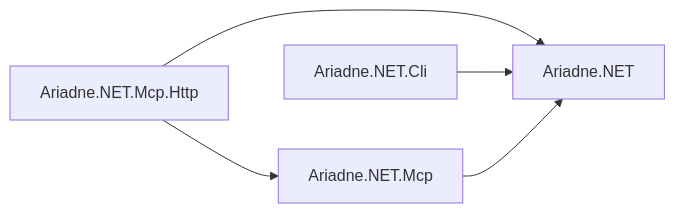
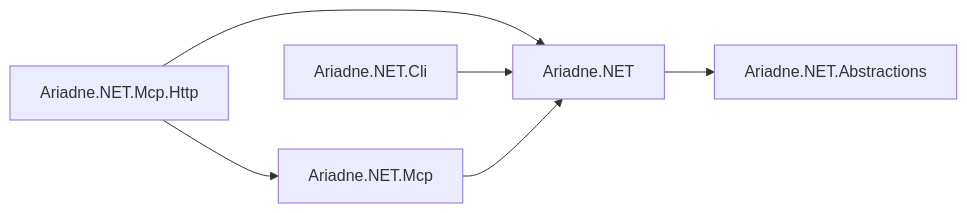
The third of 4 diagrams in docs/how-it-works/02-architecture.md (MarcelRoozekrans/Ariadne.NET), drawn with Mermaid before and after one commit. The commit also changed other lines of this file and 2 other files, not shown here.

Commit message:
docs: describe the Ariadne.NET.Abstractions package split

````diff
--- a/docs/how-it-works/02-architecture.md
+++ b/docs/how-it-works/02-architecture.md
@@ -53,7 +54,8 @@
 ```mermaid
 graph LR
     Api["Ariadne.NET.Mcp.Http"] --> Core["Ariadne.NET"]
     Api --> Mcp
     Cli["Ariadne.NET.Cli"] --> Core
     Mcp["Ariadne.NET.Mcp"] --> Core
+    Core --> Abs["Ariadne.NET.Abstractions"]
 ```
````
